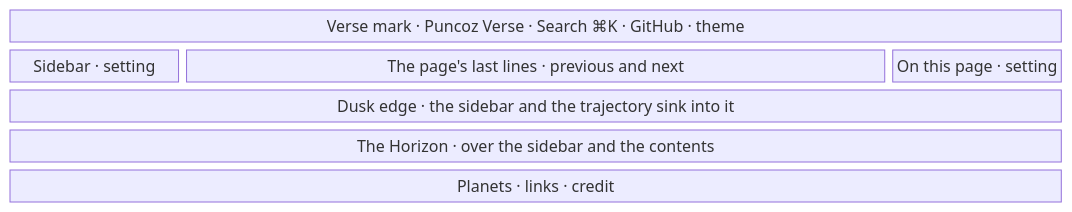
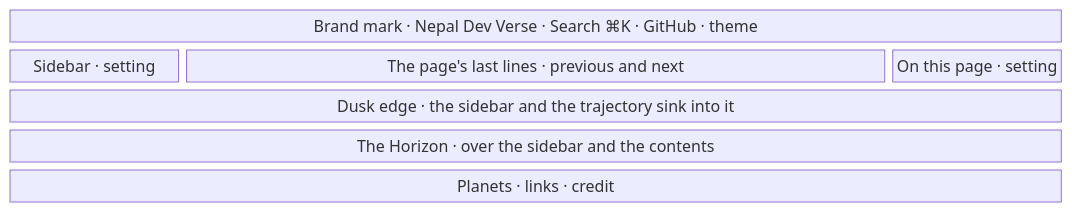
The third of 3 diagrams in content/docs/maintain/app-flow/living-horizon.mdx (nepal-dev-com/docs.nepal-dev.com), drawn with Mermaid before and after one commit. The commit also changed other lines of this file and 145 other files, not shown here.

Commit message:
nepal dev docs

````diff
--- a/content/docs/maintain/app-flow/living-horizon.mdx
+++ b/content/docs/maintain/app-flow/living-horizon.mdx
@@ -93,9 +93,9 @@
 ```mermaid
 block-beta
   columns 6
-  header["Verse mark · Puncoz Verse · Search ⌘K · GitHub · theme"]:6
+  header["Brand mark · Nepal Dev Verse · Search ⌘K · GitHub · theme"]:6
   side["Sidebar · setting"]:1 last["The page's last lines · previous and next"]:4 toc["On this page · setting"]:1
   dusk["Dusk edge · the sidebar and the trajectory sink into it"]:6
   scene["The Horizon · over the sidebar and the contents"]:6
   surface["Planets · links · credit"]:6
 ```
````
